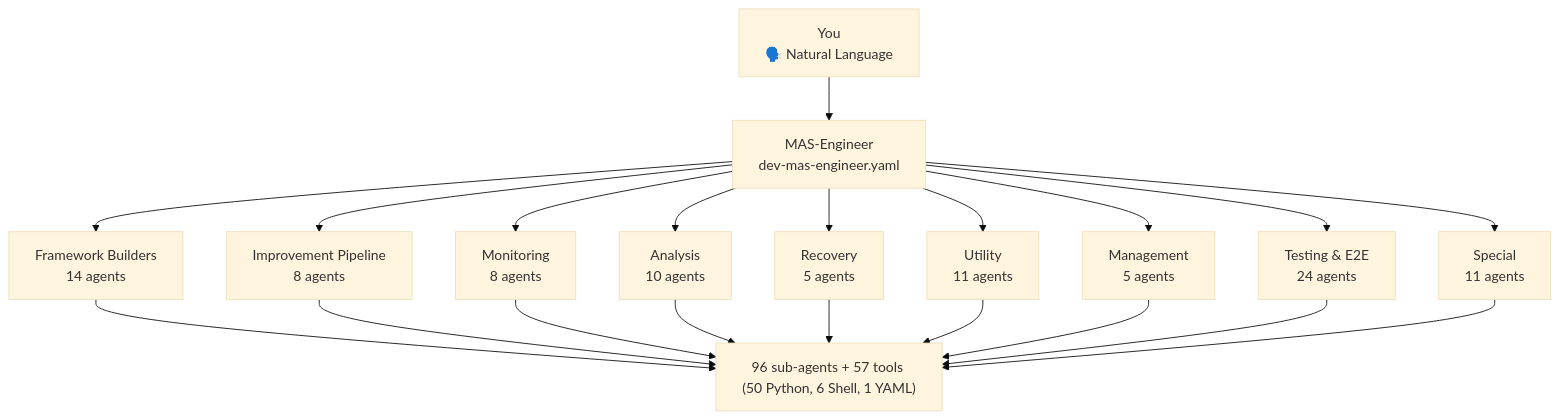
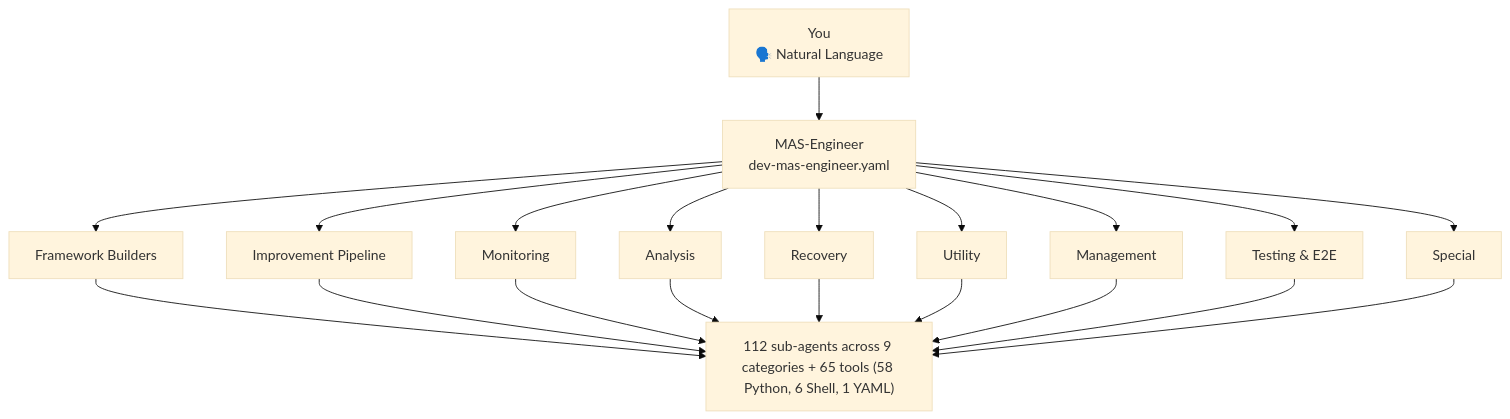
One commit to mczardybon/mas-engineer changed the second of 6 diagrams in README.md. Above: the diagram before and after it, drawn with Mermaid (base theme). The commit also changed other lines of this file and 9 other files, not shown here.

````diff
--- a/README.md
+++ b/README.md
@@ -272,14 +272,14 @@
 ```mermaid
 flowchart TD
     YOU["You\n🗣️ Natural Language"] --> ENGINEER["MAS-Engineer\ndev-mas-engineer.yaml"]
-    ENGINEER --> FB["Framework Builders\n14 agents"]
-    ENGINEER --> IP["Improvement Pipeline\n8 agents"]
-    ENGINEER --> MON["Monitoring\n8 agents"]
-    ENGINEER --> AN["Analysis\n10 agents"]
-    ENGINEER --> REC["Recovery\n5 agents"]
-    ENGINEER --> UT["Utility\n11 agents"]
-    ENGINEER --> MG["Management\n5 agents"]
-    ENGINEER --> TEST["Testing & E2E\n24 agents"]
-    ENGINEER --> SPEC["Special\n11 agents"]
-    FB & IP & MON & AN & REC & UT & MG & TEST & SPEC --> TOOLS["96 sub-agents + 57 tools (50 Python, 6 Shell, 1 YAML)"]
+    ENGINEER --> FB["Framework Builders"]
+    ENGINEER --> IP["Improvement Pipeline"]
+    ENGINEER --> MON["Monitoring"]
+    ENGINEER --> AN["Analysis"]
+    ENGINEER --> REC["Recovery"]
+    ENGINEER --> UT["Utility"]
+    ENGINEER --> MG["Management"]
+    ENGINEER --> TEST["Testing & E2E"]
+    ENGINEER --> SPEC["Special"]
+    FB & IP & MON & AN & REC & UT & MG & TEST & SPEC --> TOOLS["112 sub-agents across 9 categories + 65 tools (58 Python, 6 Shell, 1 YAML)"]
 ```
````
